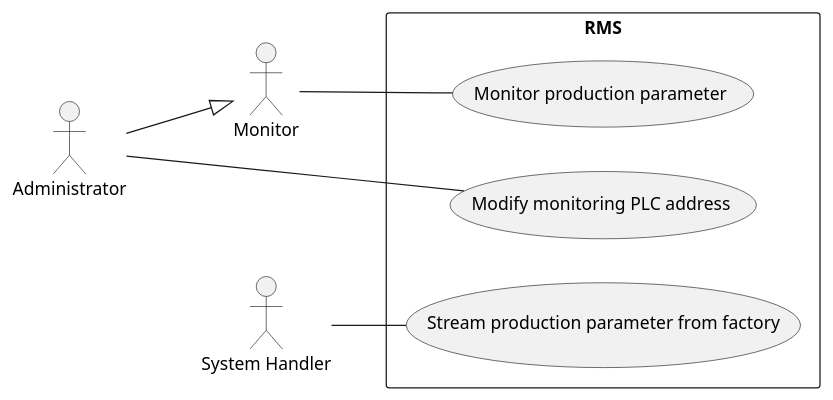
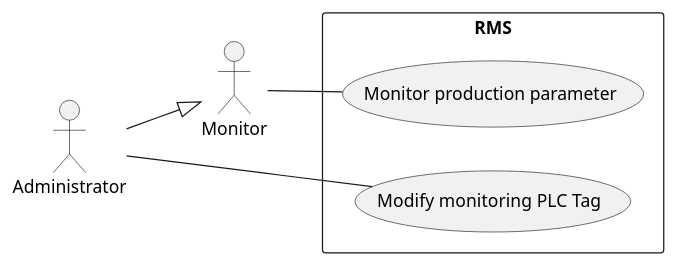
One commit to f-pms/Document changed the diagram in Report7/SRS/FunctionalRequirement/Monitoring/use-case.wsd. Above: the diagram before and after it, drawn with PlantUML. The commit also changed 10 other files, not shown here.

```diff
--- a/Report7/SRS/FunctionalRequirement/Monitoring/use-case.wsd
+++ b/Report7/SRS/FunctionalRequirement/Monitoring/use-case.wsd
@@ -1,18 +1,15 @@
 @startuml
 left to right direction
 actor "Monitor" as m
 actor "Administrator" as a
-actor "System Handler" as s
 
 rectangle RMS {
  (Monitor production parameter) as mp
- (Modify monitoring PLC address) as mm
- (Stream production parameter from factory) as sm
+ (Modify monitoring PLC Tag) as mm
 }
 
-s -- sm
 m -- mp
 a --|> m
 a -- mm
 
 @enduml
```
